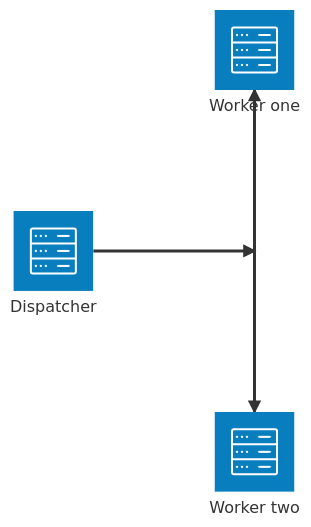
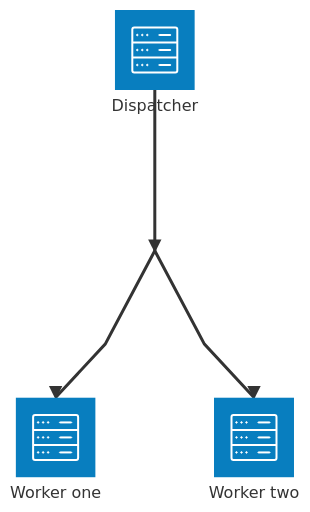
Before and after one commit to unoplat/unoplat-code-confluence: the second of 2 diagrams in unoplat-code-confluence-query-engine/src/unoplat_code_confluence_query_engine/skills/architecture-diagrams/SKILL.md, drawn with Mermaid. The commit also changed other lines of this file and 1 other file, not shown here.

Commit message:
docs(architecture): refine evidence-driven diagram guidance

````diff
--- a/unoplat-code-confluence-query-engine/src/unoplat_code_confluence_query_engine/skills/architecture-diagrams/SKILL.md
+++ b/unoplat-code-confluence-query-engine/src/unoplat_code_confluence_query_engine/skills/architecture-diagrams/SKILL.md
@@ -170,11 +140,13 @@
 ```mermaid
 architecture-beta
     service dispatcher(server)[Dispatcher]
     service worker_one(server)[Worker one]
     service worker_two(server)[Worker two]
     junction fan_out
 
-    dispatcher:R --> L:fan_out
-    fan_out:T --> B:worker_one
+    dispatcher:B --> T:fan_out
+    fan_out:B --> T:worker_one
     fan_out:B --> T:worker_two
+
+    align row worker_one worker_two
 ```
````
